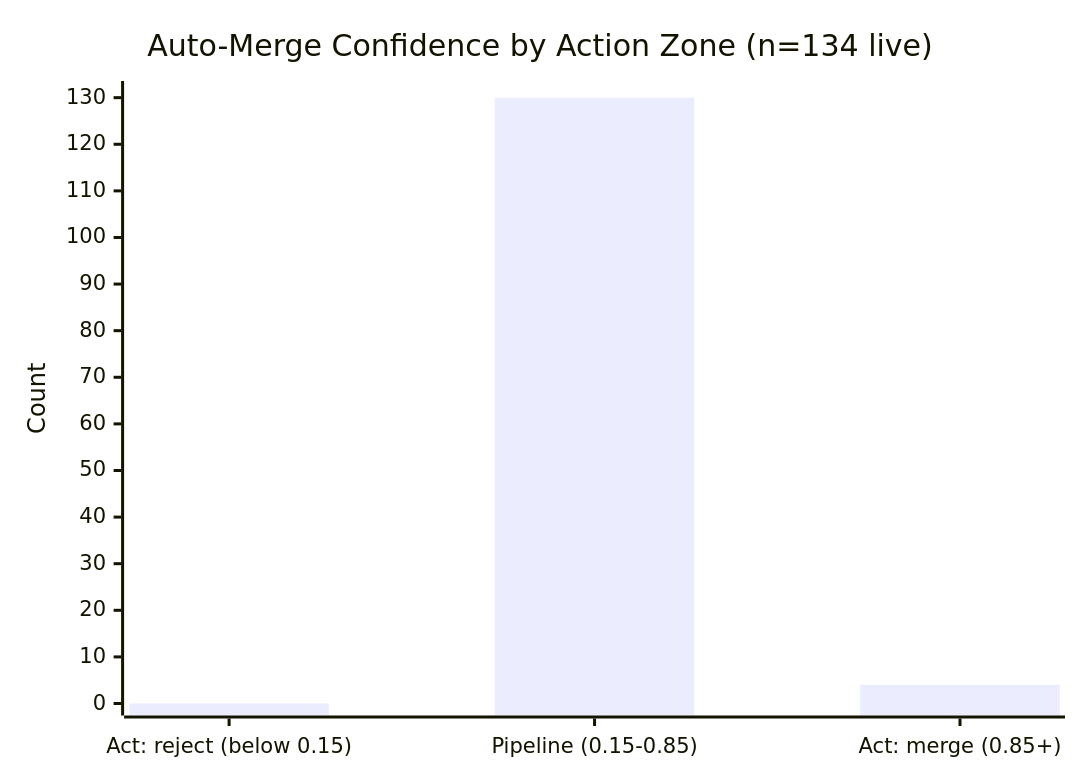
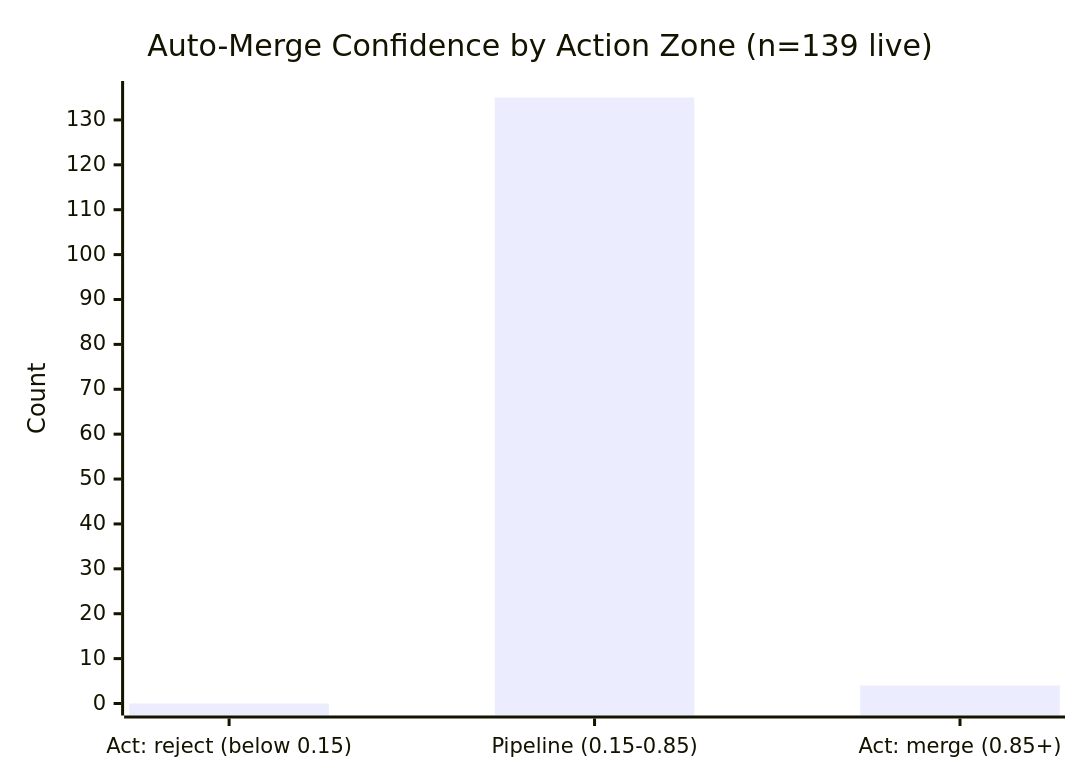
One commit to Sanctum-Origo-Systems/patina changed the second of 4 diagrams in JEV.md. Above: the diagram before and after it, drawn with Mermaid. The commit also changed other lines of this file, not shown here.

````diff
--- a/JEV.md
+++ b/JEV.md
@@ -17,7 +17,7 @@
 ```mermaid
 xychart-beta
-    title "Auto-Merge Confidence by Action Zone (n=134 live)"
+    title "Auto-Merge Confidence by Action Zone (n=139 live)"
     x-axis ["Act: reject (below 0.15)", "Pipeline (0.15-0.85)", "Act: merge (0.85+)"]
-    y-axis "Count" 0 --> 131
-    bar [0, 130, 4]
+    y-axis "Count" 0 --> 136
+    bar [0, 135, 4]
 ```
````
